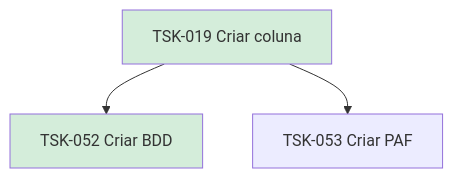
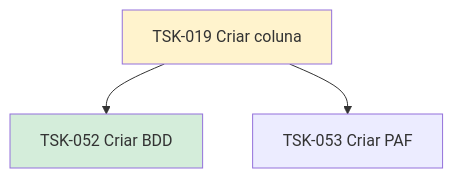
One commit to laerciogermano/workstation changed the diagram in flow/tasks/TSK-001-criar-epico/TSK-002-criar-as-historias/TSK-004-board/TSK-019-criar-coluna/README.md. Above: the diagram before and after it, drawn with Mermaid. The commit also changed other lines of this file and 53 other files, not shown here.

````diff
--- a/flow/tasks/TSK-001-criar-epico/TSK-002-criar-as-historias/TSK-004-board/TSK-019-criar-coluna/README.md
+++ b/flow/tasks/TSK-001-criar-epico/TSK-002-criar-as-historias/TSK-004-board/TSK-019-criar-coluna/README.md
@@ -12,10 +12,10 @@
 ```mermaid
 flowchart TD
   T019[TSK-019 Criar coluna]
   T052[TSK-052 Criar BDD]
   T053[TSK-053 Criar PAF]
   T019 --> T052
   T019 --> T053
-  style T019 fill:#d4edda
+  style T019 fill:#fff3cd
   style T052 fill:#d4edda
 ```
````
